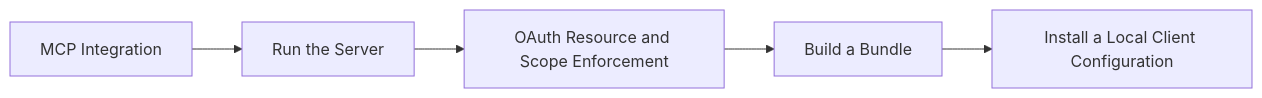
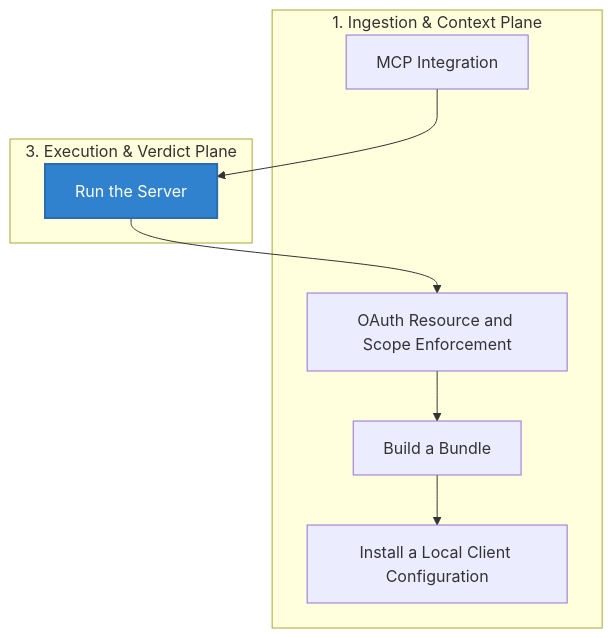
Before and after one commit to Mindburn-Labs/helm-ai-kernel: the diagram in docs/INTEGRATIONS/mcp.md, drawn with Mermaid. The commit also changed other lines of this file and 330 other files, not shown here.

````diff
--- a/docs/INTEGRATIONS/mcp.md
+++ b/docs/INTEGRATIONS/mcp.md
@@ -37,12 +37,22 @@
 ```mermaid
-flowchart LR
-  Page["MCP Integration"]
-  A["Run the Server"]
-  B["OAuth Resource and Scope Enforcement"]
-  C["Build a Bundle"]
-  D["Install a Local Client Configuration"]
-  Page --> A
-  A --> B
-  B --> C
-  C --> D
+flowchart TD
+    subgraph Ingestion["1. Ingestion & Context Plane"]
+        Page["MCP Integration"]
+        B["OAuth Resource and Scope Enforcement"]
+        C["Build a Bundle"]
+        D["Install a Local Client Configuration"]
+    end
+
+    subgraph Execution["3. Execution & Verdict Plane"]
+        A["Run the Server"]
+    end
+
+    %% Operational Flow Edges
+    Page --> A
+    A --> B
+    B --> C
+    C --> D
+
+    %% Premium Styling Rules
+    style A fill:#3182ce,stroke:#2b6cb0,stroke-width:2px,color:#fff
 ```
````
